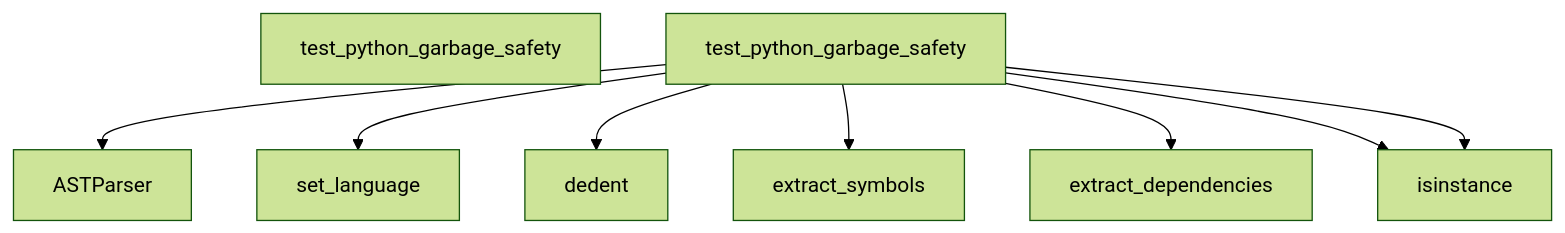
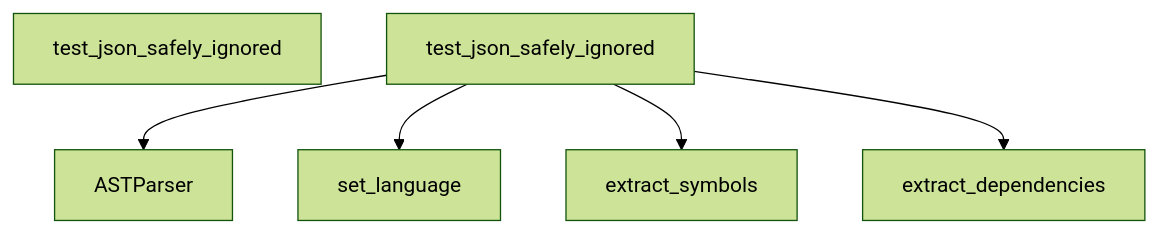
One commit to hazalkoom/DECODEx01 changed diagram 27 of 27 in docs/DATA_FLOW.md. Above: the diagram before and after it, drawn with Mermaid (forest theme). The commit also changed other lines of this file and 8 other files, not shown here.

````diff
--- a/docs/DATA_FLOW.md
+++ b/docs/DATA_FLOW.md
@@ -1023,33 +925,21 @@
 ```mermaid
 graph TD
-    Start[test_python_garbage_safety]
+    Start[test_json_safely_ignored]
 
 
-    test_python_garbage_safety --> ASTParser
+    test_json_safely_ignored --> ASTParser
 
 
 
-    test_python_garbage_safety --> set_language
+    test_json_safely_ignored --> set_language
 
 
 
-    test_python_garbage_safety --> dedent
+    test_json_safely_ignored --> extract_symbols
 
 
 
-    test_python_garbage_safety --> extract_symbols
-
-
-
-    test_python_garbage_safety --> extract_dependencies
-
-
-
-    test_python_garbage_safety --> isinstance
-
-
-
-    test_python_garbage_safety --> isinstance
+    test_json_safely_ignored --> extract_dependencies
 
 
 ```
````
